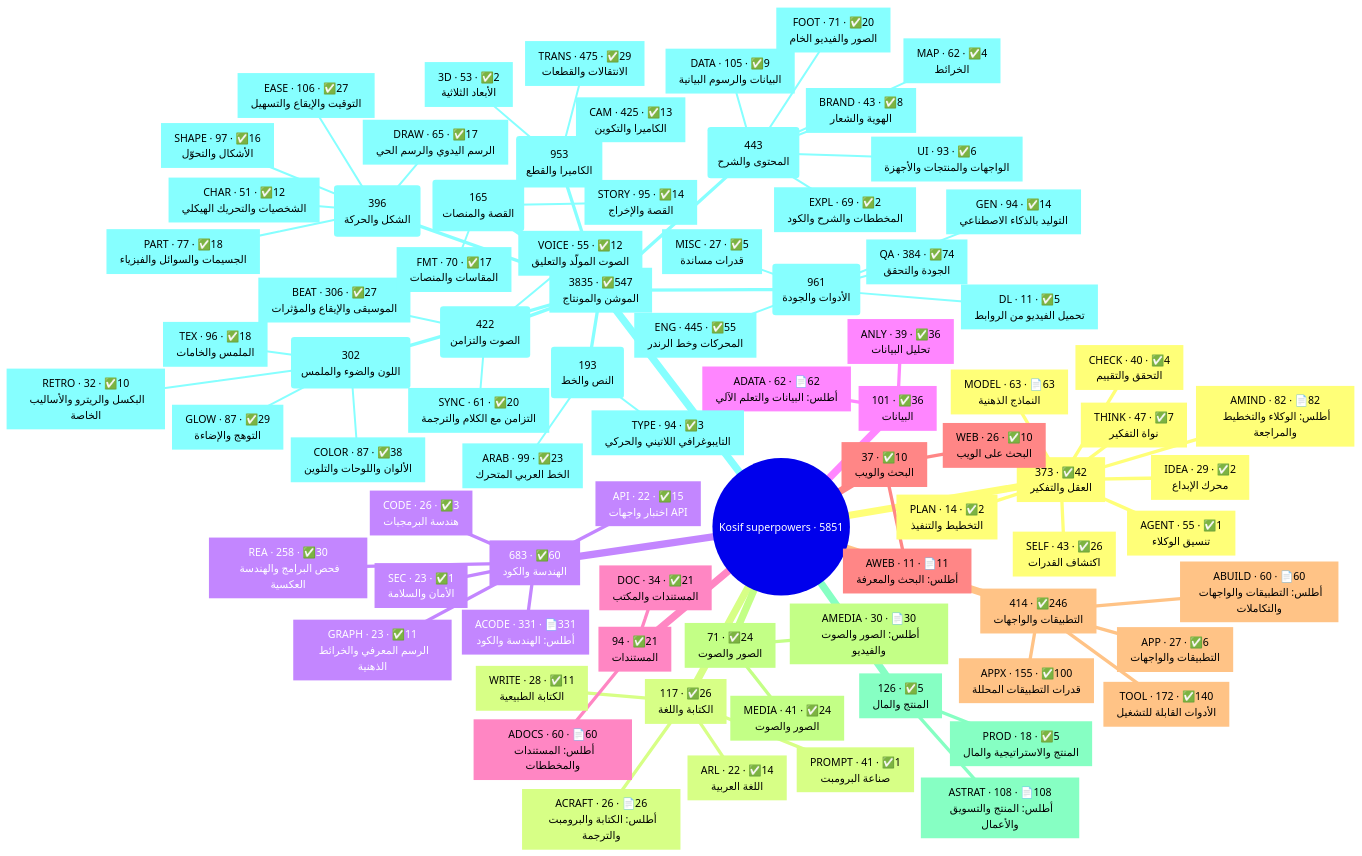
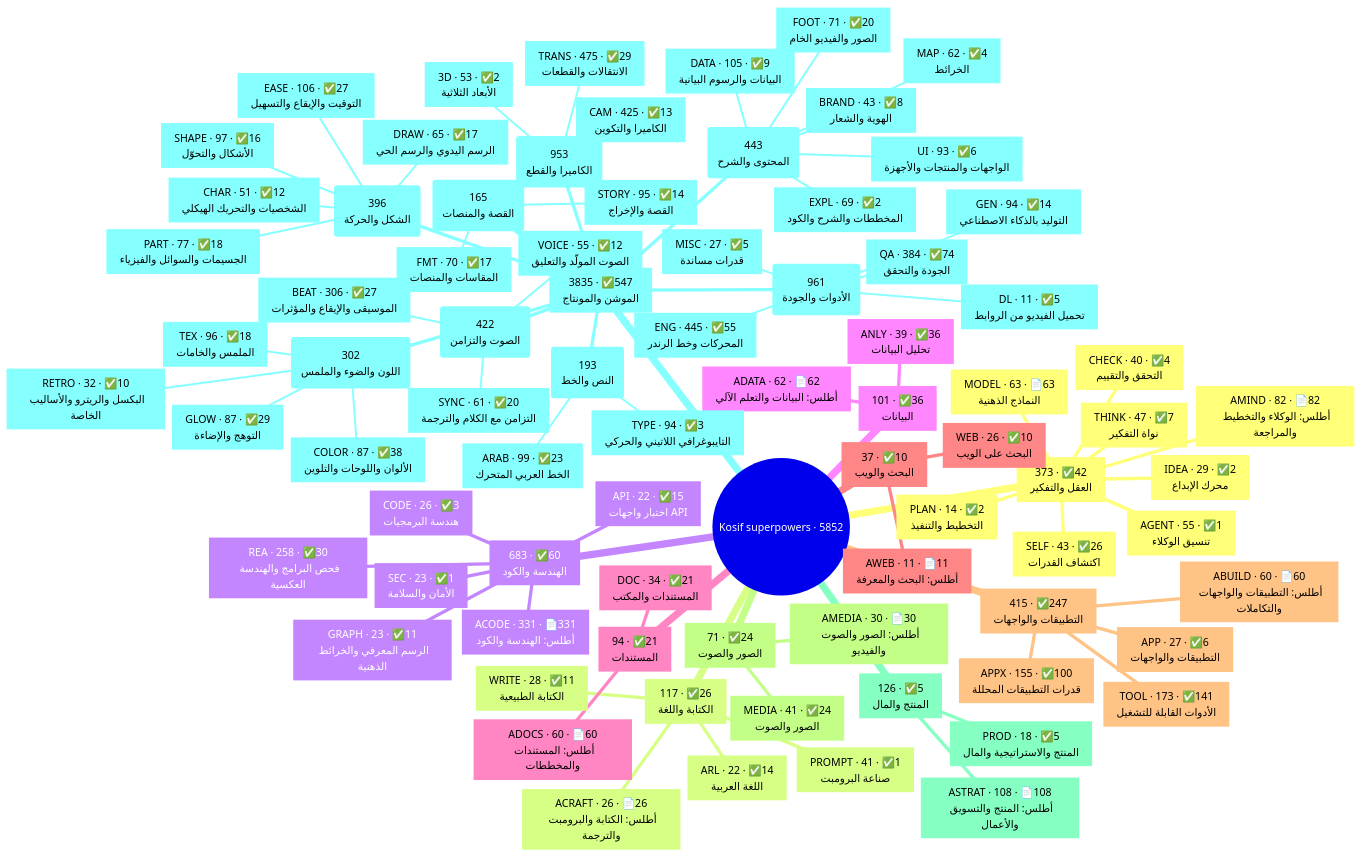
The first of 2 diagrams in .claude/skills/kosif-superpowers/references/capability-map.md (kosif199022-jpg/kosif-tool), drawn with Mermaid before and after one commit. The commit also changed other lines of this file and 23 other files, not shown here.

````diff
--- a/.claude/skills/kosif-superpowers/references/capability-map.md
+++ b/.claude/skills/kosif-superpowers/references/capability-map.md
@@ -18,6 +18,6 @@
 ```mermaid
 mindmap
-  root((Kosif superpowers · 5851))
+  root((Kosif superpowers · 5852))
     n1["`373 · ✅42
 العقل والتفكير`"]
       n2["`AMIND · 82 · 📄82
@@ -78,9 +78,9 @@
 البحث على الويب`"]
       n30["`AWEB · 11 · 📄11
 أطلس: البحث والمعرفة`"]
-    n31["`414 · ✅246
+    n31["`415 · ✅247
 التطبيقات والواجهات`"]
-      n32["`TOOL · 172 · ✅140
+      n32["`TOOL · 173 · ✅141
 الأدوات القابلة للتشغيل`"]
       n33["`APPX · 155 · ✅100
 قدرات التطبيقات المحللة`"]
````
